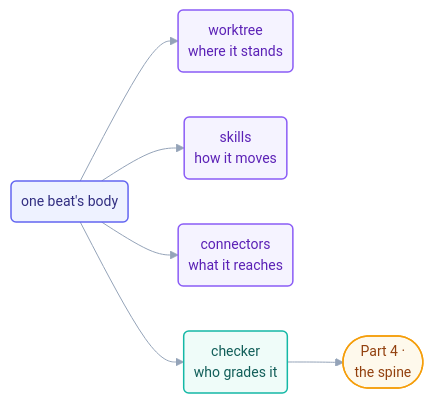
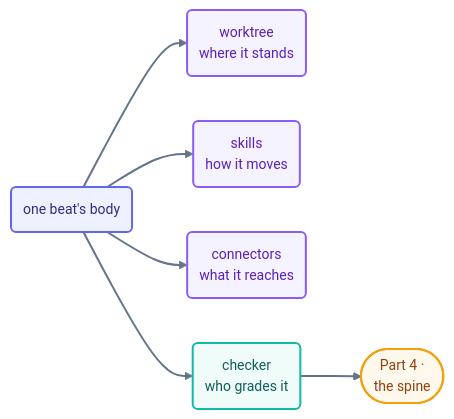
One commit to ayeshakhalid192007-dev/LoopEngineering-CrashCourse changed the diagram in docs/05-part-3-the-body/README.md. Above: the diagram before and after it, drawn with Mermaid. The commit also changed 66 other files, not shown here.

First line of the commit message:
docs(diagrams): bolden and unify all 70 mermaid diagrams

````diff
--- a/docs/05-part-3-the-body/README.md
+++ b/docs/05-part-3-the-body/README.md
@@ -17,13 +17,14 @@
 ```mermaid
-%%{init: {'theme':'base','themeVariables':{'fontFamily':'ui-sans-serif, system-ui, sans-serif','fontSize':'14px','lineColor':'#94a3b8'},'flowchart':{'curve':'basis','nodeSpacing':45,'rankSpacing':50,'padding':10}}}%%
+%%{init: {'theme':'base','themeVariables':{'fontFamily':'ui-sans-serif, system-ui, sans-serif','fontSize':'14px','lineColor':'#64748b','edgeLabelBackground':'#f8fafc'},'flowchart':{'curve':'basis','nodeSpacing':45,'rankSpacing':55,'padding':12}}}%%
 flowchart LR
     B("one beat's body"):::beat --> WT("worktree<br/>where it stands"):::cfg
     B --> SK("skills<br/>how it moves"):::cfg
     B --> MC("connectors<br/>what it reaches"):::cfg
     B --> CK("checker<br/>who grades it"):::check
     CK --> NEXT(["Part 4 ·<br/>the spine"]):::next
-    classDef beat fill:#eef2ff,stroke:#6366f1,stroke-width:1.5px,color:#312e81;
-    classDef cfg fill:#f5f3ff,stroke:#8b5cf6,stroke-width:1.5px,color:#5b21b6;
-    classDef check fill:#effcf9,stroke:#14b8a6,stroke-width:1.5px,color:#115e59;
-    classDef next fill:#fef9ec,stroke:#f59e0b,stroke-width:1.5px,color:#92400e;
+    linkStyle default stroke:#64748b,stroke-width:2px;
+    classDef beat fill:#eef2ff,stroke:#6366f1,stroke-width:2px,color:#312e81;
+    classDef cfg fill:#f5f3ff,stroke:#8b5cf6,stroke-width:2px,color:#5b21b6;
+    classDef check fill:#effcf9,stroke:#14b8a6,stroke-width:2px,color:#115e59;
+    classDef next fill:#fef9ec,stroke:#f59e0b,stroke-width:2px,color:#92400e;
 ```
````
